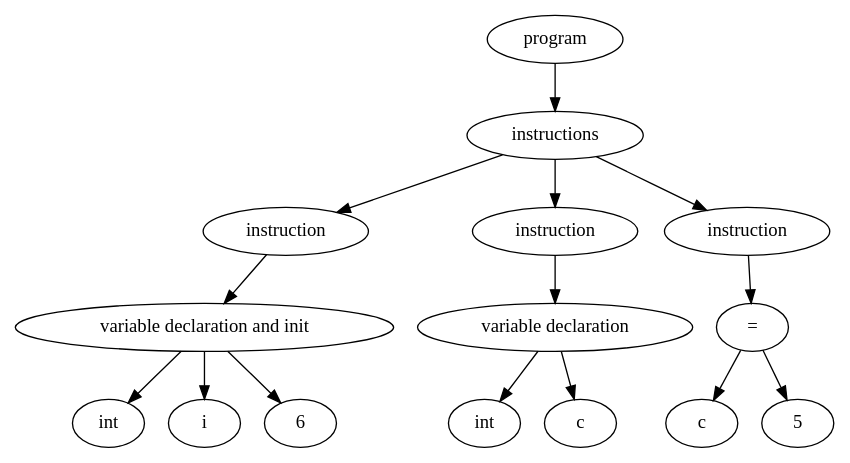
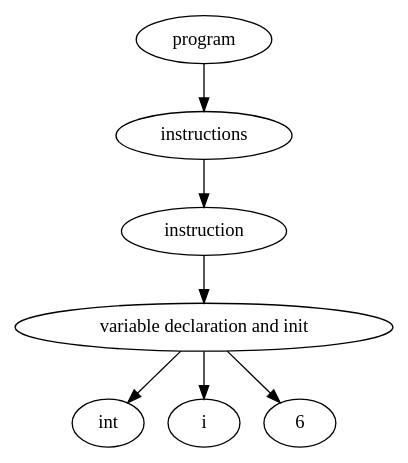
Before and after one commit to RobMandelings/CompilersProject: the diagram in output/ast.gv, drawn with Graphviz. The commit also changed 8 other files, not shown here.

```diff
--- a/output/ast.gv
+++ b/output/ast.gv
@@ -1,31 +1,15 @@
 digraph "Abstract Syntax Tree" {
-	140320789103560 [label=int]
-	140320789103896 -> 140320789103560
-	140320789103672 [label=i]
-	140320789103896 -> 140320789103672
-	140320789103784 [label=6]
-	140320789103896 -> 140320789103784
-	140320789103896 [label="variable declaration and init"]
-	140320789102888 -> 140320789103896
-	140320789102888 [label=instruction]
-	140320789104120 -> 140320789102888
-	140320789104848 [label=int]
-	140320789104400 -> 140320789104848
-	140320789104624 [label=c]
-	140320789104400 -> 140320789104624
-	140320789104400 [label="variable declaration"]
-	140320789103952 -> 140320789104400
-	140320789103952 [label=instruction]
-	140320789104120 -> 140320789103952
-	140320789105352 [label=c]
-	140320789105184 -> 140320789105352
-	140320789105464 [label=5]
-	140320789105184 -> 140320789105464
-	140320789105184 [label="="]
-	140320789104960 -> 140320789105184
-	140320789104960 [label=instruction]
-	140320789104120 -> 140320789104960
-	140320789104120 [label=instructions]
-	140320789104680 -> 140320789104120
-	140320789104680 [label=program]
+	139684880778408 [label=int]
+	139684880779192 -> 139684880778408
+	139684880779024 [label=i]
+	139684880779192 -> 139684880779024
+	139684880778520 [label=6]
+	139684880779192 -> 139684880778520
+	139684880779192 [label="variable declaration and init"]
+	139684880778016 -> 139684880779192
+	139684880778016 [label=instruction]
+	139684880778800 -> 139684880778016
+	139684880778800 [label=instructions]
+	139684880778968 -> 139684880778800
+	139684880778968 [label=program]
 }
```
